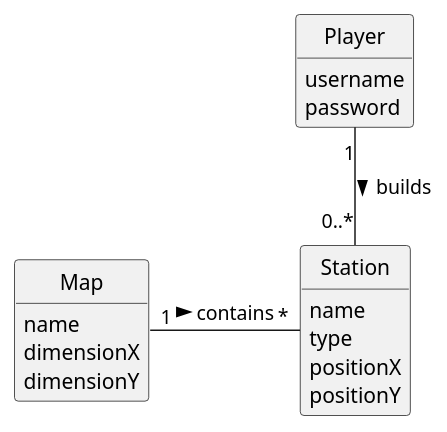
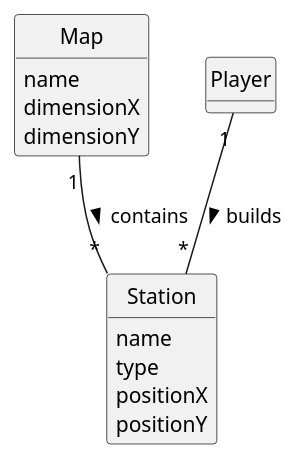
The diagram in docs/system-documentation/US005/02.analysis/puml/US005-DM.puml (bruno-monteiro5/sem2-pi-24.25-g132-repo), drawn with PlantUML before and after one commit. The commit also changed 26 other files, not shown here.

```diff
--- a/docs/system-documentation/US005/02.analysis/puml/US005-DM.puml
+++ b/docs/system-documentation/US005/02.analysis/puml/US005-DM.puml
@@ -1,36 +1,33 @@
 @startuml
 skinparam monochrome true
 skinparam packageStyle rectangle
 skinparam shadowing false
 
 'left to right direction
 
 skinparam classAttributeIconSize 0
 
 hide circle
 hide methods
 
-'title Domain Model
 
 class Map {
 name
 dimensionX
 dimensionY
 }
+
 class Player {
-    username
-    password
 }
 
 class Station {
     name
     type
     positionX
     positionY
 }
 
-'Relações
-Player "1" -- "0..*" Station : "builds >"
-Map "1" - "*" Station : "contains >"
+Player "1" -- "*" Station : builds >
+Map "1" -- "*" Station : contains >
 
 @enduml
```
